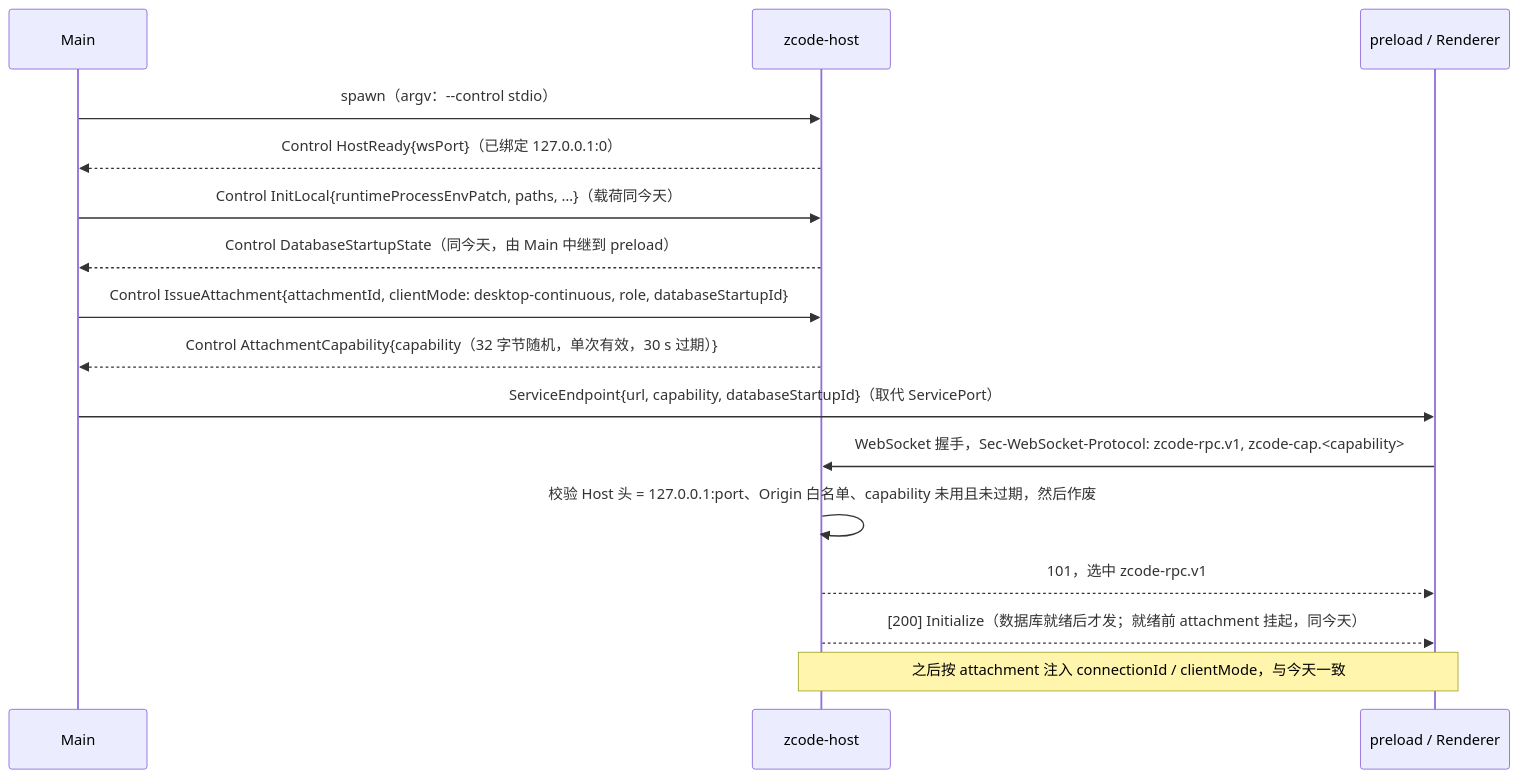
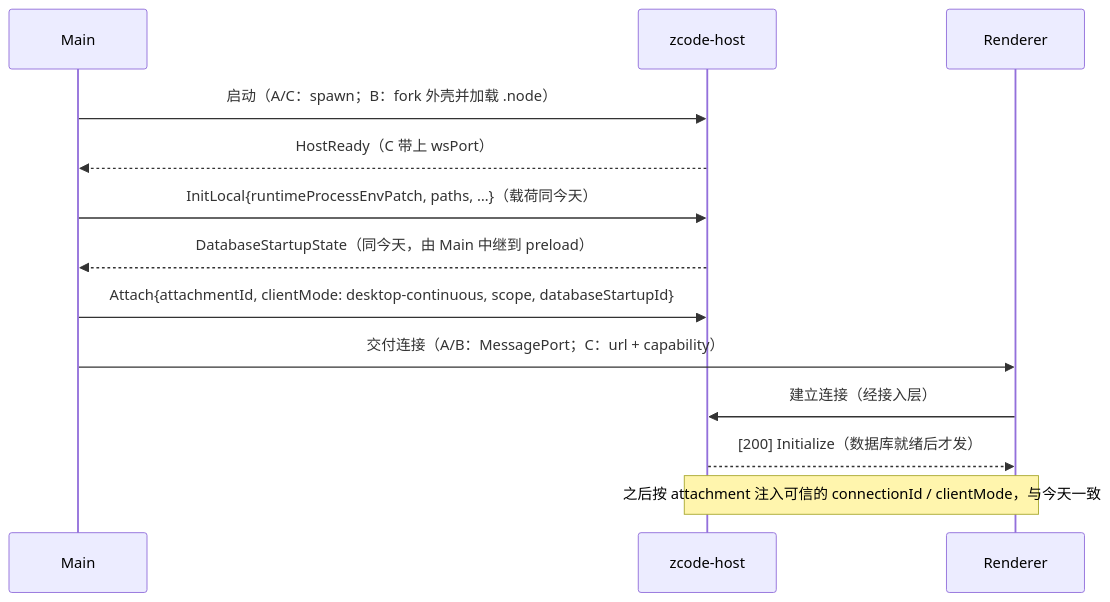
One commit to Madin-H23/ZCode-rs changed the third of 4 diagrams in docs/specs/rust-host.md. Above: the diagram before and after it, drawn with Mermaid. The commit also changed other lines of this file, not shown here.

First line of the commit message:
docs(rust): make Rust Host transport pending the A/B/C benchmark

````diff
--- a/docs/specs/rust-host.md
+++ b/docs/specs/rust-host.md
@@ -248,18 +275,15 @@
 ```mermaid
 sequenceDiagram
     participant M as Main
     participant H as zcode-host
-    participant P as preload / Renderer
-    M->>H: spawn（argv：--control stdio）
-    H-->>M: Control HostReady{wsPort}（已绑定 127.0.0.1:0）
-    M->>H: Control InitLocal{runtimeProcessEnvPatch, paths, …}（载荷同今天）
-    H-->>M: Control DatabaseStartupState（同今天，由 Main 中继到 preload）
-    M->>H: Control IssueAttachment{attachmentId, clientMode: desktop-continuous, role, databaseStartupId}
-    H-->>M: Control AttachmentCapability{capability（32 字节随机，单次有效，30 s 过期）}
-    M->>P: ServiceEndpoint{url, capability, databaseStartupId}（取代 ServicePort）
-    P->>H: WebSocket 握手，Sec-WebSocket-Protocol: zcode-rpc.v1, zcode-cap.<capability>
-    H->>H: 校验 Host 头 = 127.0.0.1:port、Origin 白名单、capability 未用且未过期，然后作废
-    H-->>P: 101，选中 zcode-rpc.v1
-    H-->>P: [200] Initialize（数据库就绪后才发；就绪前 attachment 挂起，同今天）
-    Note over P,H: 之后按 attachment 注入 connectionId / clientMode，与今天一致
+    participant P as Renderer
+    M->>H: 启动（A/C：spawn；B：fork 外壳并加载 .node）
+    H-->>M: HostReady（C 带上 wsPort）
+    M->>H: InitLocal{runtimeProcessEnvPatch, paths, …}（载荷同今天）
+    H-->>M: DatabaseStartupState（同今天，由 Main 中继到 preload）
+    M->>H: Attach{attachmentId, clientMode: desktop-continuous, scope, databaseStartupId}
+    M->>P: 交付连接（A/B：MessagePort；C：url + capability）
+    P->>H: 建立连接（经接入层）
+    H-->>P: [200] Initialize（数据库就绪后才发）
+    Note over P,H: 之后按 attachment 注入可信的 connectionId / clientMode，与今天一致
 ```
````
